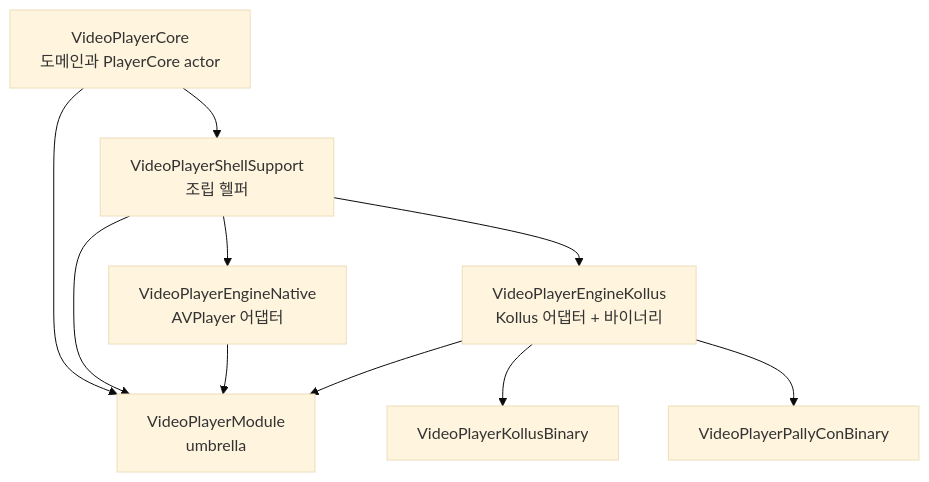
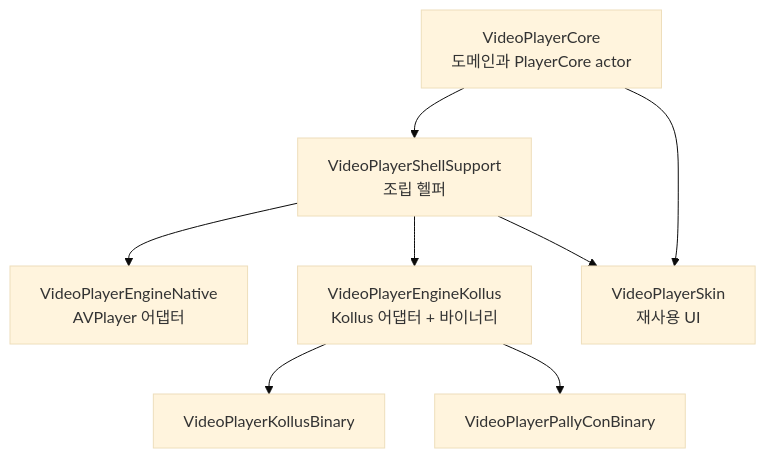
One commit to megastudymobile/ms-videoplayer-ios changed the sixth of 10 diagrams in docs/blog/05-player-modularization.md. Above: the diagram before and after it, drawn with Mermaid (base theme). The commit also changed other lines of this file and 3 other files, not shown here.

Commit message:
docs: update video player blog series

````diff
--- a/docs/blog/05-player-modularization.md
+++ b/docs/blog/05-player-modularization.md
@@ -319,12 +318,10 @@
 ```mermaid
 flowchart TB
     A[VideoPlayerCore<br/>도메인과 PlayerCore actor] --> B[VideoPlayerShellSupport<br/>조립 헬퍼]
     B --> C[VideoPlayerEngineNative<br/>AVPlayer 어댑터]
     B --> D[VideoPlayerEngineKollus<br/>Kollus 어댑터 + 바이너리]
+    A --> E[VideoPlayerSkin<br/>재사용 UI]
+    B --> E
     D --> K[VideoPlayerKollusBinary]
     D --> P[VideoPlayerPallyConBinary]
-    A --> U[VideoPlayerModule<br/>umbrella]
-    B --> U
-    C --> U
-    D --> U
 ```
````
